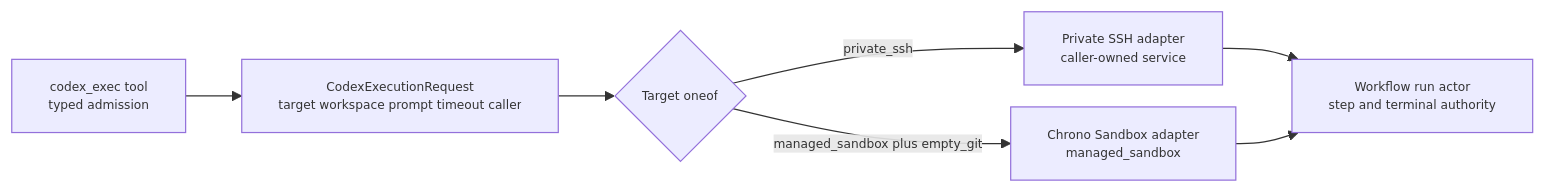
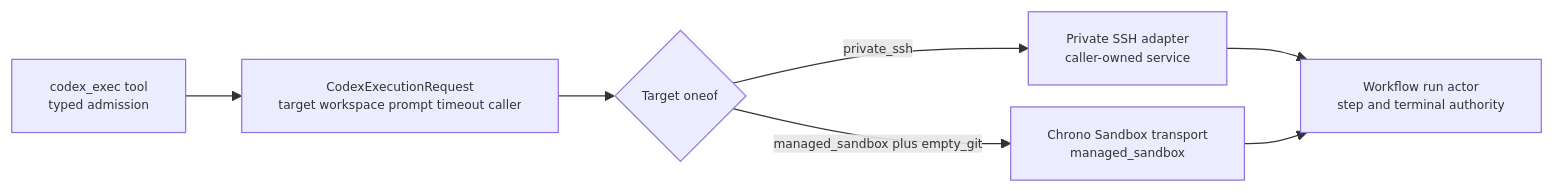
Before and after one commit to eanzhao-os/aevatar-review: the first of 3 diagrams in 10/06-managed-codex-sandbox-and-delegation.md, drawn with Mermaid. The commit also changed other lines of this file and 17 other files, not shown here.

````diff
--- a/10/06-managed-codex-sandbox-and-delegation.md
+++ b/10/06-managed-codex-sandbox-and-delegation.md
@@ -23,13 +23,13 @@
 ```mermaid
 %%{init: {"maxTextSize": 100000, "flowchart": {"useMaxWidth": false, "nodeSpacing": 18, "rankSpacing": 46}, "themeVariables": {"fontSize": "10px"}}}%%
 flowchart LR
     T["codex_exec tool\ntyped admission"]
     C["CodexExecutionRequest\ntarget workspace prompt timeout caller"]
     P{"Target oneof"}
     S["Private SSH adapter\ncaller-owned service"]
-    M["Chrono Sandbox adapter\nmanaged_sandbox"]
+    M["Chrono Sandbox transport\nmanaged_sandbox"]
     W["Workflow run actor\nstep and terminal authority"]
     T --> C --> P
     P -->|"private_ssh"| S --> W
     P -->|"managed_sandbox plus empty_git"| M --> W
 ```
````
